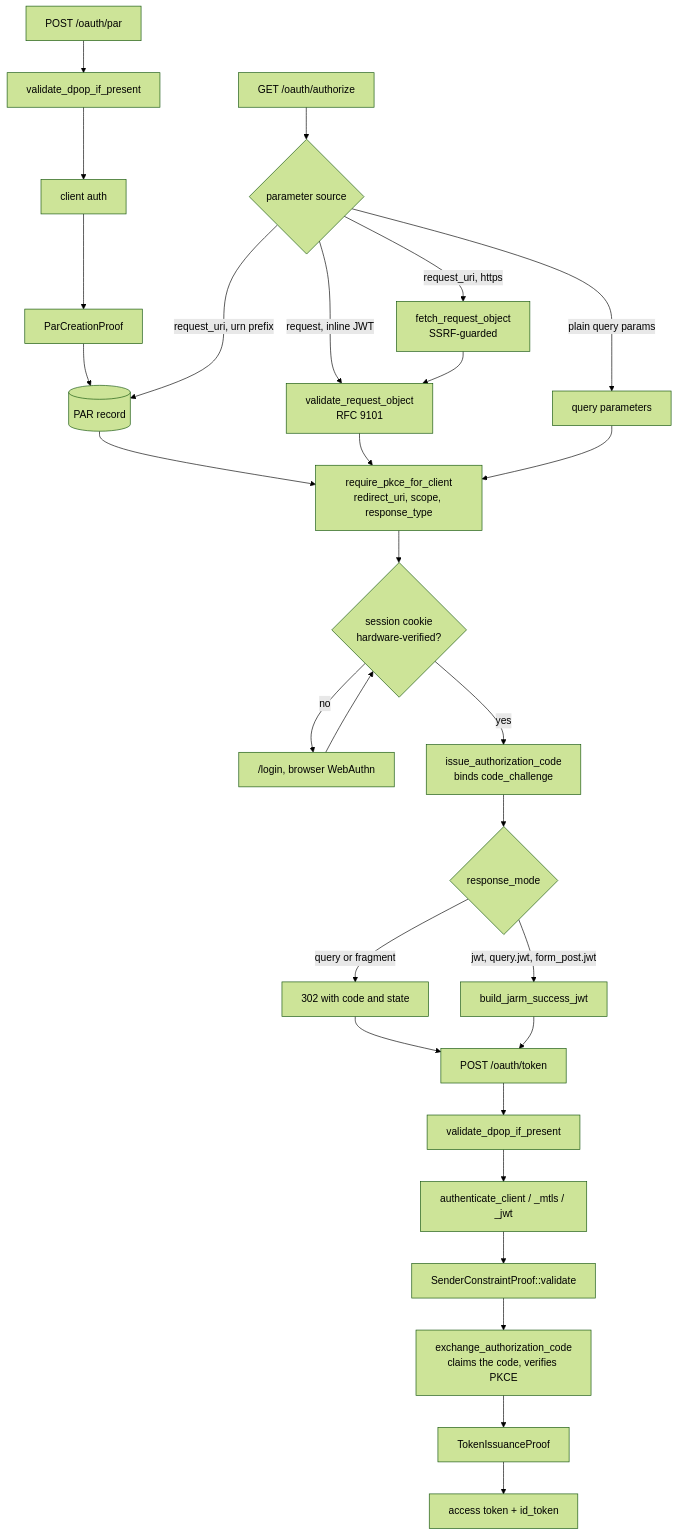
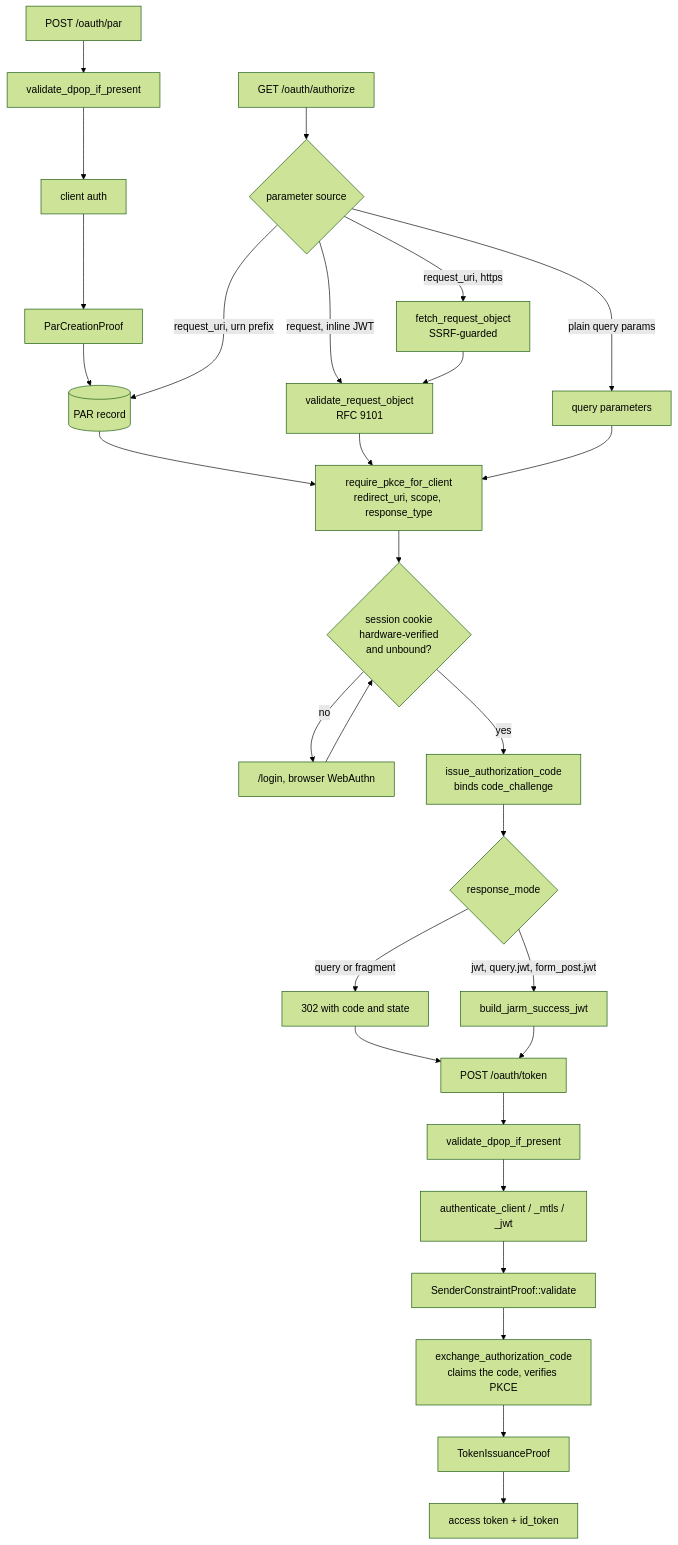
The sixth of 8 diagrams in crates/vouch-server/ARCHITECTURE.md (vouch-sh/vouch), drawn with Mermaid (forest theme) before and after one commit. The commit also changed other lines of this file, not shown here.

First line of the commit message:
docs(server): add the accept loop and binding checks to ARCHITECTURE.md (#1616)

````diff
--- a/crates/vouch-server/ARCHITECTURE.md
+++ b/crates/vouch-server/ARCHITECTURE.md
@@ -290,25 +385,25 @@
 ```mermaid
 flowchart TB
   par0["POST /oauth/par"] --> pdpop["validate_dpop_if_present"] --> pauth["client auth"] --> pproof["ParCreationProof"] --> pstore[("PAR record")]
   authz["GET /oauth/authorize"] --> resolve{"parameter source"}
   resolve -- "request_uri, urn prefix" --> pstore
   resolve -- "request, inline JWT" --> jar["validate_request_object<br/>RFC 9101"]
   resolve -- "request_uri, https" --> fetch["fetch_request_object<br/>SSRF-guarded"] --> jar
   resolve -- "plain query params" --> plain["query parameters"]
   pstore --> checks
   jar --> checks
   plain --> checks
-  checks["require_pkce_for_client<br/>redirect_uri, scope, response_type"] --> sess{"session cookie<br/>hardware-verified?"}
+  checks["require_pkce_for_client<br/>redirect_uri, scope, response_type"] --> sess{"session cookie<br/>hardware-verified<br/>and unbound?"}
   sess -- "no" --> login["/login, browser WebAuthn"] --> sess
   sess -- "yes" --> code["issue_authorization_code<br/>binds code_challenge"]
   code --> mode{"response_mode"}
   mode -- "query or fragment" --> plainredir["302 with code and state"]
   mode -- "jwt, query.jwt, form_post.jwt" --> jarm["build_jarm_success_jwt"]
   plainredir --> tok["POST /oauth/token"]
   jarm --> tok
   tok --> tdpop["validate_dpop_if_present"]
   tdpop --> tauth["authenticate_client / _mtls / _jwt"]
   tauth --> tsc["SenderConstraintProof::validate"]
   tsc --> tex["exchange_authorization_code<br/>claims the code, verifies PKCE"]
   tex --> tproof["TokenIssuanceProof"] --> out["access token + id_token"]
 ```
````
